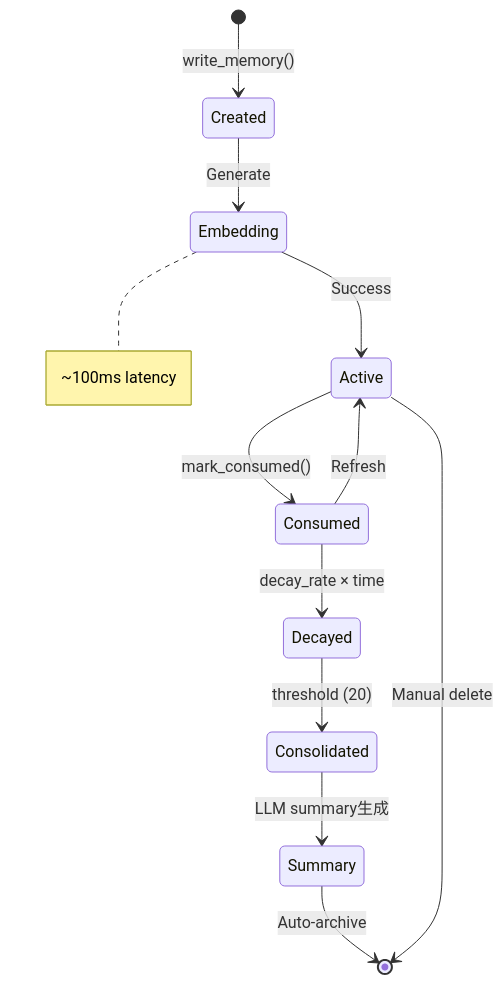
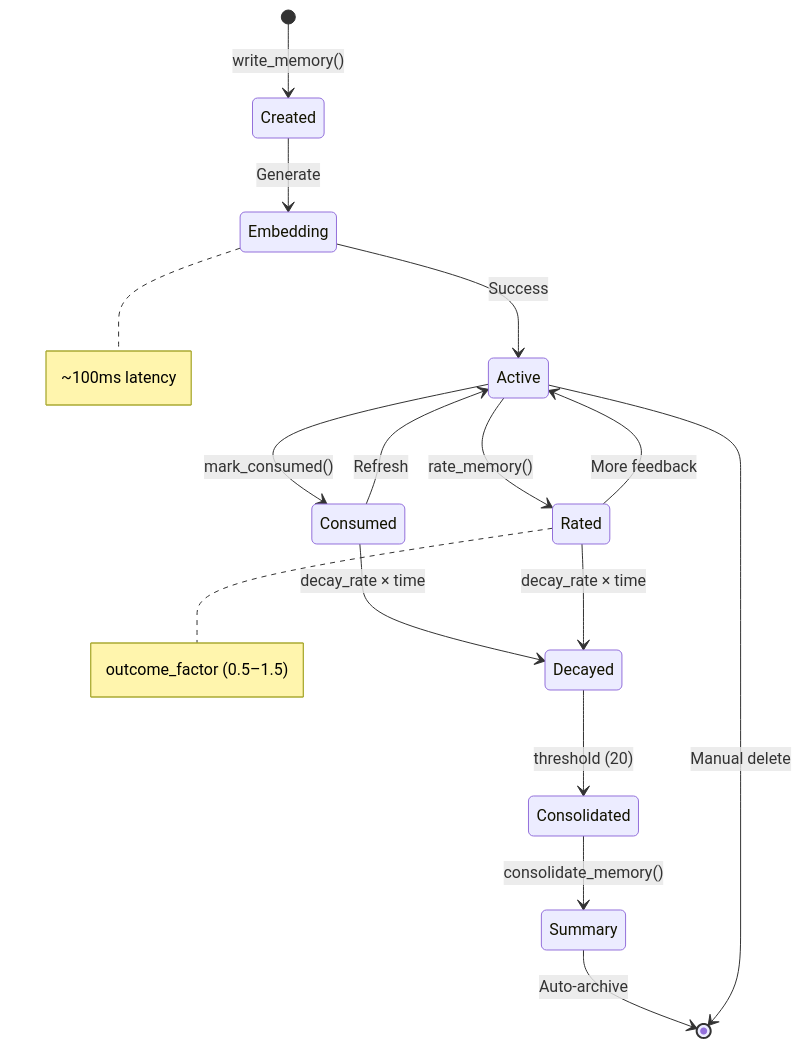
One commit to giak/mnemo-lite changed the fifth of 15 diagrams in docs/ARCHITECTURE.md. Above: the diagram before and after it, drawn with Mermaid. The commit also changed other lines of this file, not shown here.

First line of the commit message:
docs: update ARCHITECTURE.md to reflect current codebase

````diff
--- a/docs/ARCHITECTURE.md
+++ b/docs/ARCHITECTURE.md
@@ -280,19 +286,23 @@
 ```mermaid
 stateDiagram-v2
     [*] --> Created: write_memory()
 
     Created --> Embedding: Generate
     note right of Embedding: ~100ms latency
 
     Embedding --> Active: Success
     Active --> Consumed: mark_consumed()
+    Active --> Rated: rate_memory()
+    note right of Rated: outcome_factor (0.5–1.5)
 
+    Rated --> Active: More feedback
     Consumed --> Active: Refresh
     Consumed --> Decayed: decay_rate × time
+    Rated --> Decayed: decay_rate × time
 
     Decayed --> Consolidated: threshold (20)
-    Consolidated --> Summary: LLM summary生成
+    Consolidated --> Summary: consolidate_memory()
 
     Summary --> [*]: Auto-archive
     Active --> [*]: Manual delete
 ```
````
